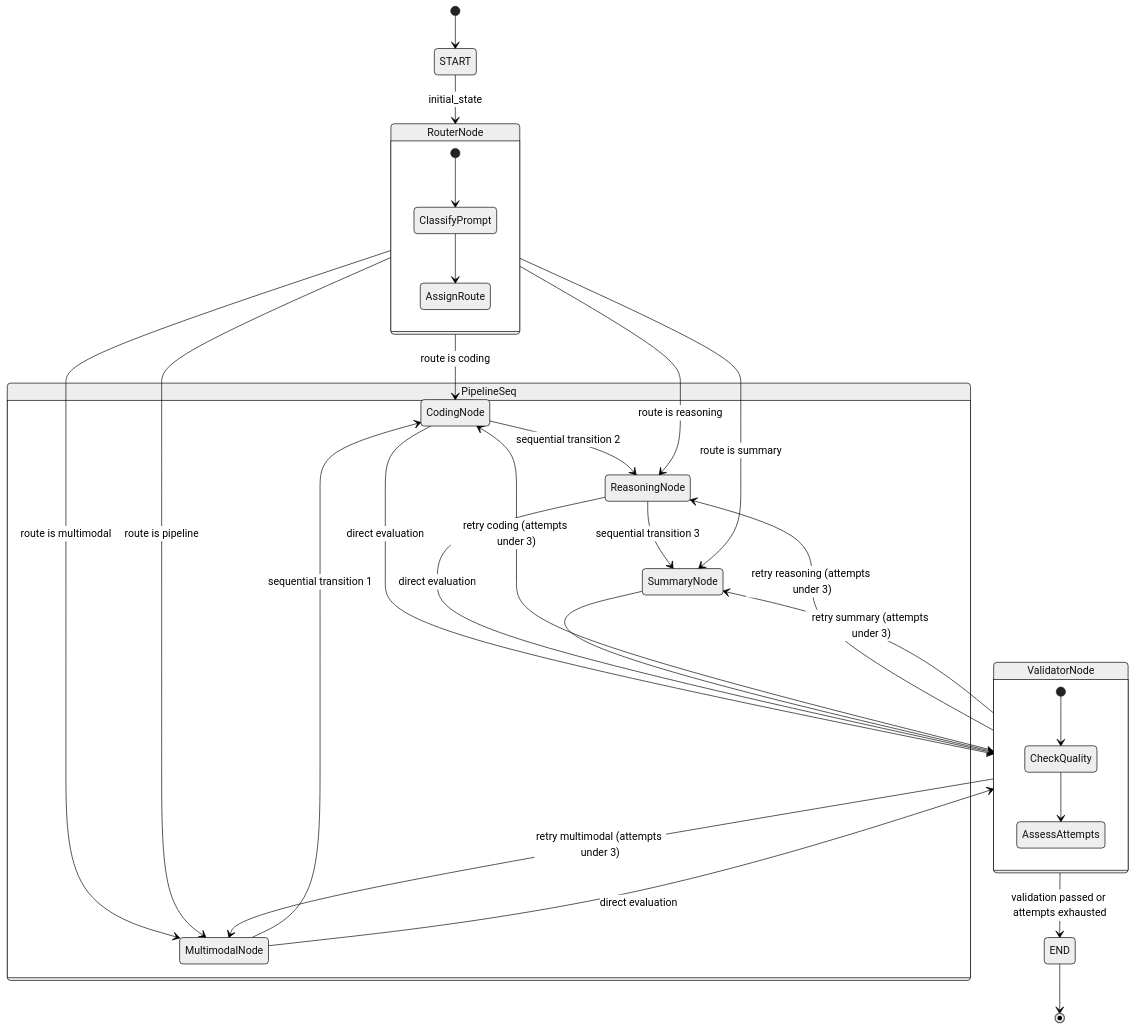
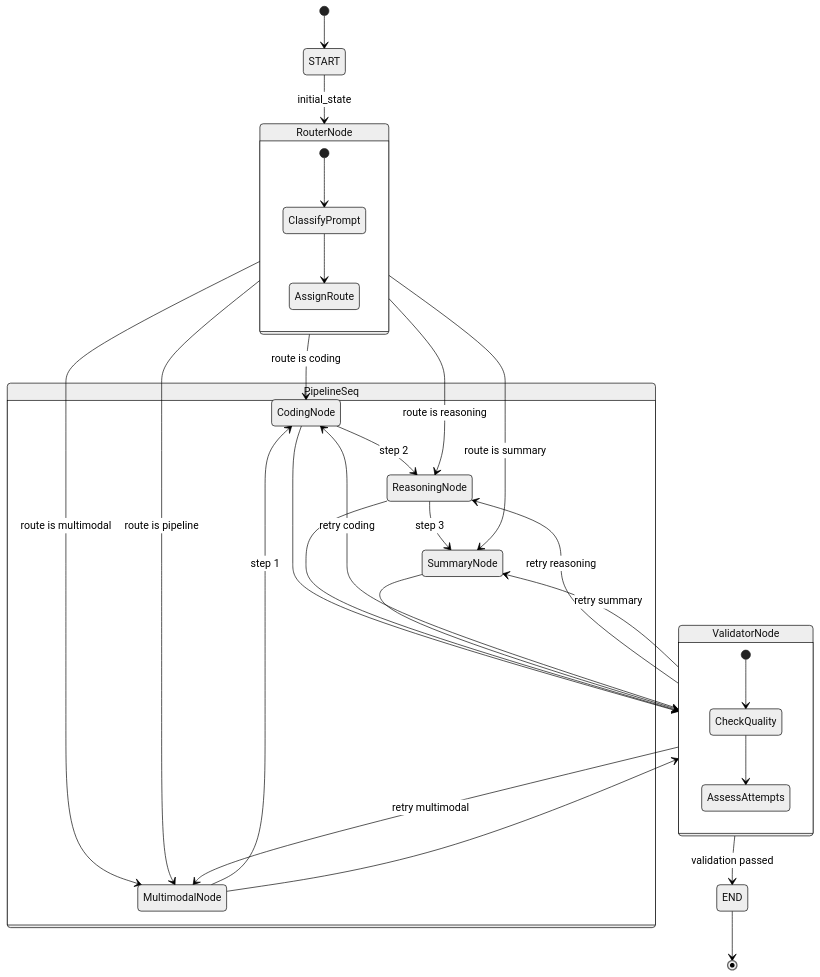
One commit to Shivanshvyas1729/AegisForge-AI changed the fifth of 6 diagrams in rahul_check.md. Above: the diagram before and after it, drawn with Mermaid (neutral theme). The commit also changed other lines of this file and 1 other file, not shown here.

````diff
--- a/rahul_check.md
+++ b/rahul_check.md
@@ -340,39 +340,39 @@
 ```mermaid
 stateDiagram-v2
     [*] --> START
     START --> RouterNode : initial_state
 
     state RouterNode {
         [*] --> ClassifyPrompt
         ClassifyPrompt --> AssignRoute
     }
 
     RouterNode --> CodingNode : route is coding
     RouterNode --> ReasoningNode : route is reasoning
     RouterNode --> SummaryNode : route is summary
     RouterNode --> MultimodalNode : route is multimodal
     RouterNode --> MultimodalNode : route is pipeline
 
     state PipelineSeq {
-        MultimodalNode --> CodingNode : sequential transition 1
-        CodingNode --> ReasoningNode : sequential transition 2
-        ReasoningNode --> SummaryNode : sequential transition 3
+        MultimodalNode --> CodingNode : step 1
+        CodingNode --> ReasoningNode : step 2
+        ReasoningNode --> SummaryNode : step 3
     }
 
-    MultimodalNode --> ValidatorNode : direct evaluation
-    CodingNode --> ValidatorNode : direct evaluation
-    ReasoningNode --> ValidatorNode : direct evaluation
+    MultimodalNode --> ValidatorNode
+    CodingNode --> ValidatorNode
+    ReasoningNode --> ValidatorNode
     SummaryNode --> ValidatorNode
 
     state ValidatorNode {
         [*] --> CheckQuality
         CheckQuality --> AssessAttempts
     }
 
-    ValidatorNode --> CodingNode : retry coding (attempts under 3)
-    ValidatorNode --> ReasoningNode : retry reasoning (attempts under 3)
-    ValidatorNode --> SummaryNode : retry summary (attempts under 3)
-    ValidatorNode --> MultimodalNode : retry multimodal (attempts under 3)
-    ValidatorNode --> END : validation passed or attempts exhausted
+    ValidatorNode --> CodingNode : retry coding
+    ValidatorNode --> ReasoningNode : retry reasoning
+    ValidatorNode --> SummaryNode : retry summary
+    ValidatorNode --> MultimodalNode : retry multimodal
+    ValidatorNode --> END : validation passed
     END --> [*]
 ```
````
